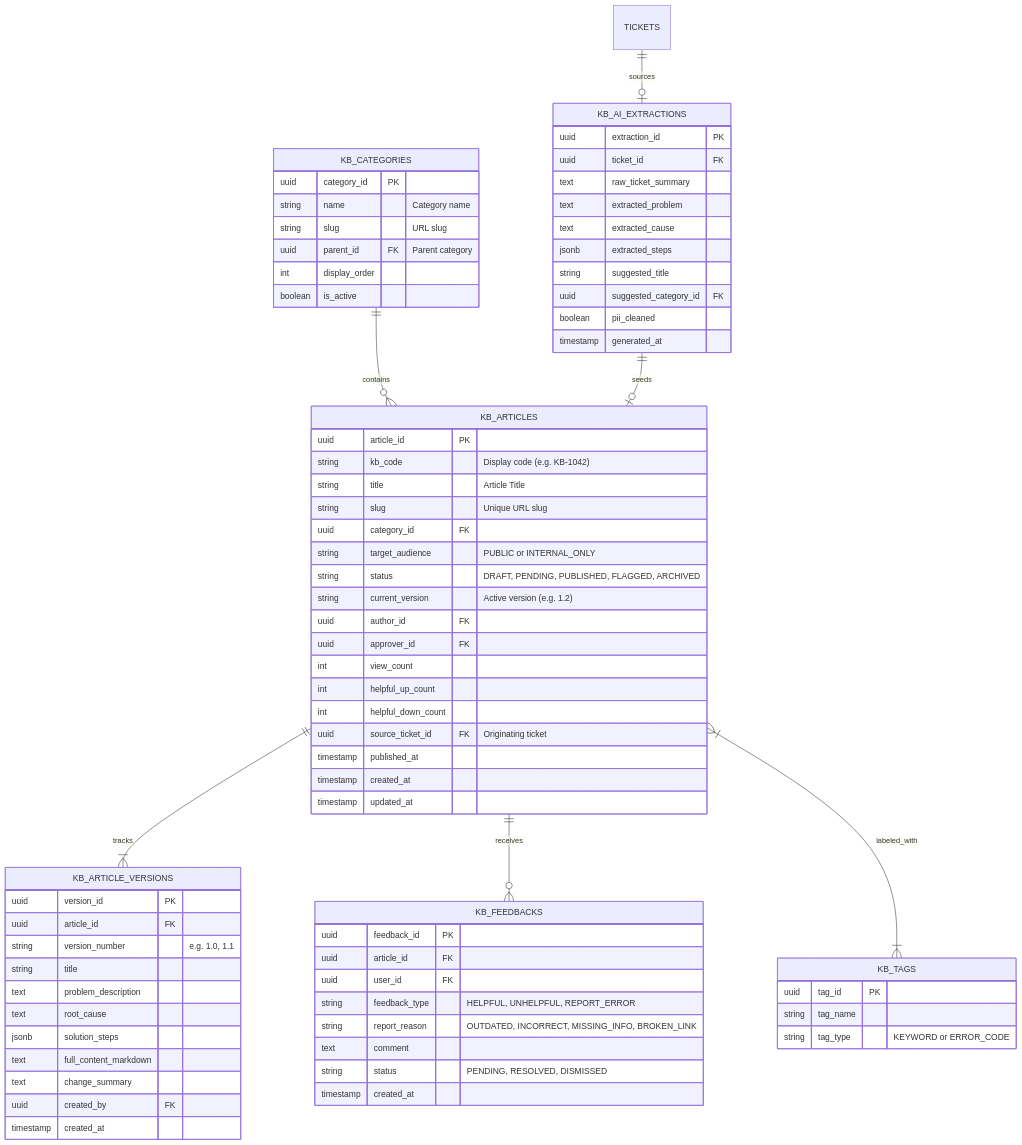
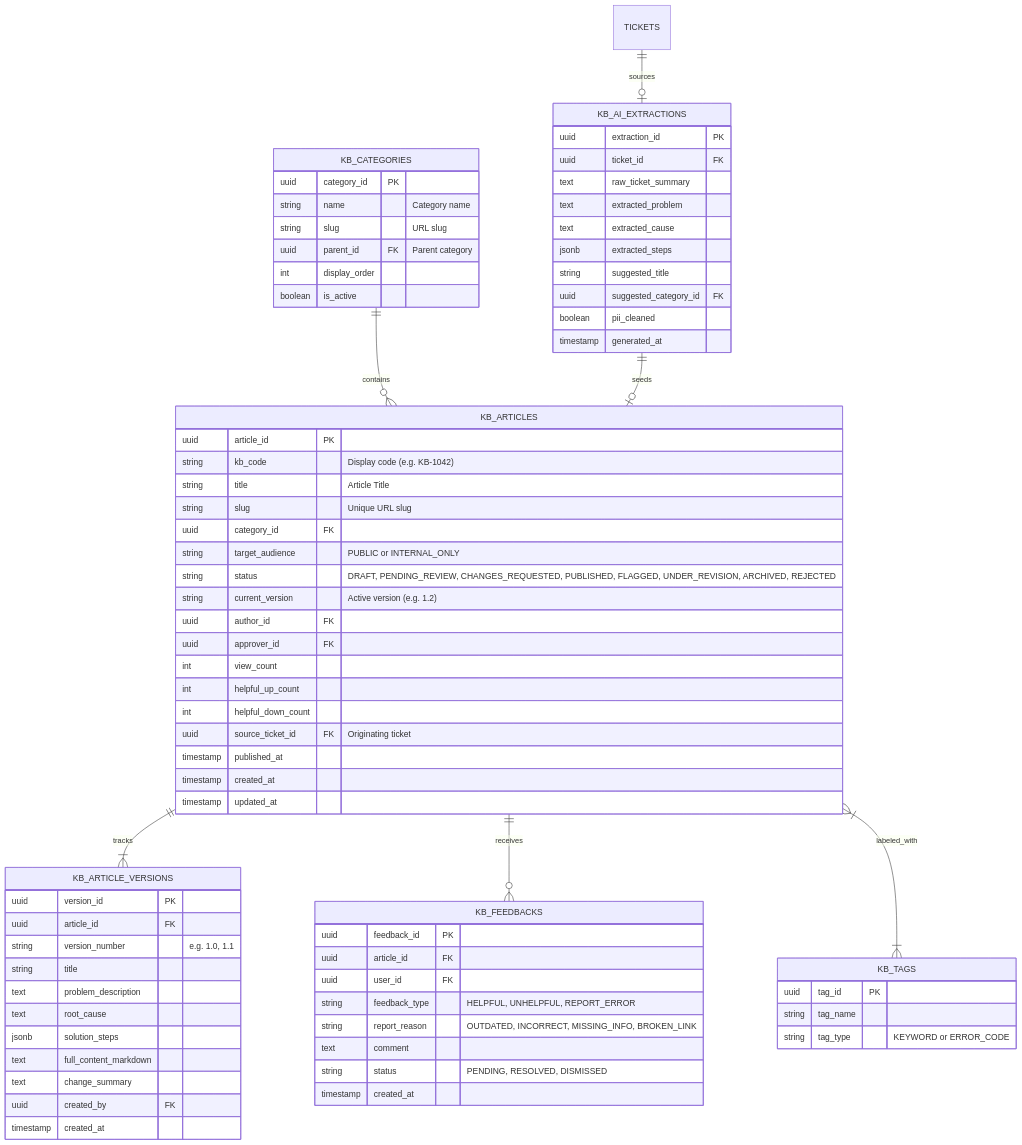
The second of 3 diagrams in docs/f06-knowledge-base/04-information-architecture.md (Akaza-ban/Fable), drawn with Mermaid before and after one commit. The commit also changed other lines of this file and 4 other files, not shown here.

Commit message:
docs(f06): finalize knowledge base mindmap, user stories, use cases, and IA

````diff
--- a/docs/f06-knowledge-base/04-information-architecture.md
+++ b/docs/f06-knowledge-base/04-information-architecture.md
@@ -83,82 +88,82 @@
 ```mermaid
 erDiagram
     KB_CATEGORIES ||--o{ KB_ARTICLES : contains
     KB_ARTICLES ||--|{ KB_ARTICLE_VERSIONS : tracks
     KB_ARTICLES ||--o{ KB_FEEDBACKS : receives
     KB_ARTICLES }|--|{ KB_TAGS : labeled_with
     TICKETS ||--o| KB_AI_EXTRACTIONS : sources
     KB_AI_EXTRACTIONS ||--o| KB_ARTICLES : seeds
 
     KB_CATEGORIES {
         uuid category_id PK
         string name "Category name"
         string slug "URL slug"
         uuid parent_id FK "Parent category"
         int display_order
         boolean is_active
     }
 
     KB_ARTICLES {
         uuid article_id PK
         string kb_code "Display code (e.g. KB-1042)"
         string title "Article Title"
         string slug "Unique URL slug"
         uuid category_id FK
         string target_audience "PUBLIC or INTERNAL_ONLY"
-        string status "DRAFT, PENDING, PUBLISHED, FLAGGED, ARCHIVED"
+        string status "DRAFT, PENDING_REVIEW, CHANGES_REQUESTED, PUBLISHED, FLAGGED, UNDER_REVISION, ARCHIVED, REJECTED"
         string current_version "Active version (e.g. 1.2)"
         uuid author_id FK
         uuid approver_id FK
         int view_count
         int helpful_up_count
         int helpful_down_count
         uuid source_ticket_id FK "Originating ticket"
         timestamp published_at
         timestamp created_at
         timestamp updated_at
     }
 
     KB_ARTICLE_VERSIONS {
         uuid version_id PK
         uuid article_id FK
         string version_number "e.g. 1.0, 1.1"
         string title
         text problem_description
         text root_cause
         jsonb solution_steps
         text full_content_markdown
         text change_summary
         uuid created_by FK
         timestamp created_at
     }
 
     KB_TAGS {
         uuid tag_id PK
         string tag_name
         string tag_type "KEYWORD or ERROR_CODE"
     }
 
     KB_FEEDBACKS {
         uuid feedback_id PK
         uuid article_id FK
         uuid user_id FK
         string feedback_type "HELPFUL, UNHELPFUL, REPORT_ERROR"
         string report_reason "OUTDATED, INCORRECT, MISSING_INFO, BROKEN_LINK"
         text comment
         string status "PENDING, RESOLVED, DISMISSED"
         timestamp created_at
     }
 
     KB_AI_EXTRACTIONS {
         uuid extraction_id PK
         uuid ticket_id FK
         text raw_ticket_summary
         text extracted_problem
         text extracted_cause
         jsonb extracted_steps
         string suggested_title
         uuid suggested_category_id FK
         boolean pii_cleaned
         timestamp generated_at
     }
 ```
````
